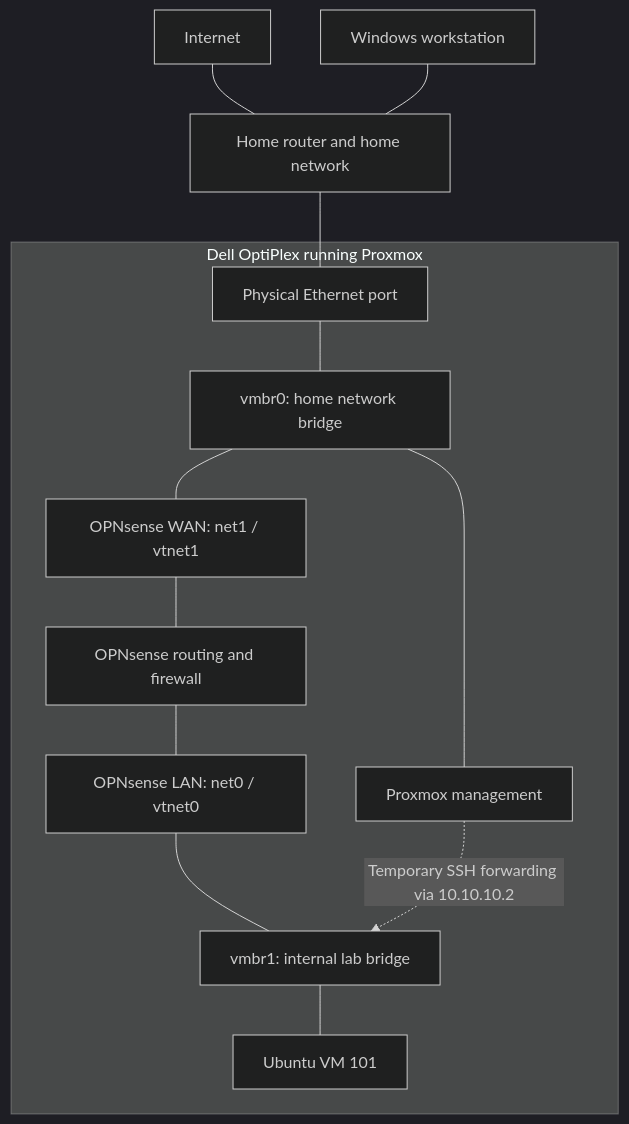
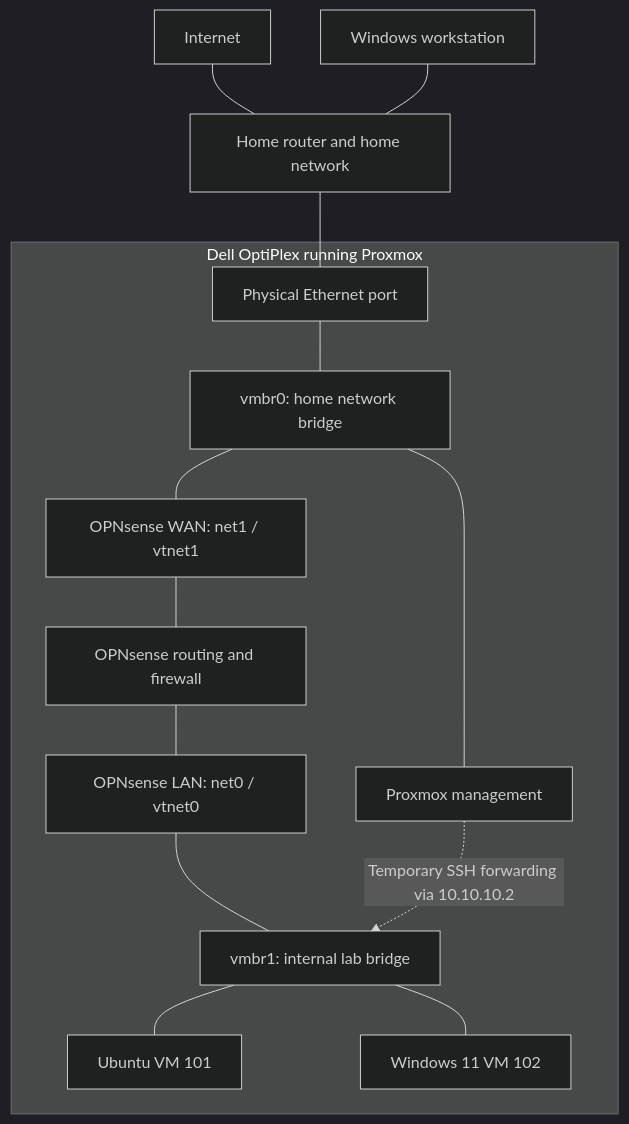
Before and after one commit to dalen-green/proxmox-cybersecurity-homelab: the diagram in docs/architecture.md, drawn with Mermaid (dark theme). The commit also changed other lines of this file and 8 other files, not shown here.

````diff
--- a/docs/architecture.md
+++ b/docs/architecture.md
@@ -30,16 +31,17 @@
 ```mermaid
 flowchart TD
     I["Internet"] --- R["Home router and home network"]
     A["Windows workstation"] --- R
     subgraph H["Dell OptiPlex running Proxmox"]
         N["Physical Ethernet port"] --- B0["vmbr0: home network bridge"]
         B0 --- P["Proxmox management"]
         B0 --- W["OPNsense WAN: net1 / vtnet1"]
         W --- F["OPNsense routing and firewall"]
         F --- L["OPNsense LAN: net0 / vtnet0"]
         L --- B1["vmbr1: internal lab bridge"]
         B1 --- U["Ubuntu VM 101"]
+        B1 --- WIN["Windows 11 VM 102"]
     end
     R --- N
     P -. "Temporary SSH forwarding via 10.10.10.2" .-> B1
 ```
````
